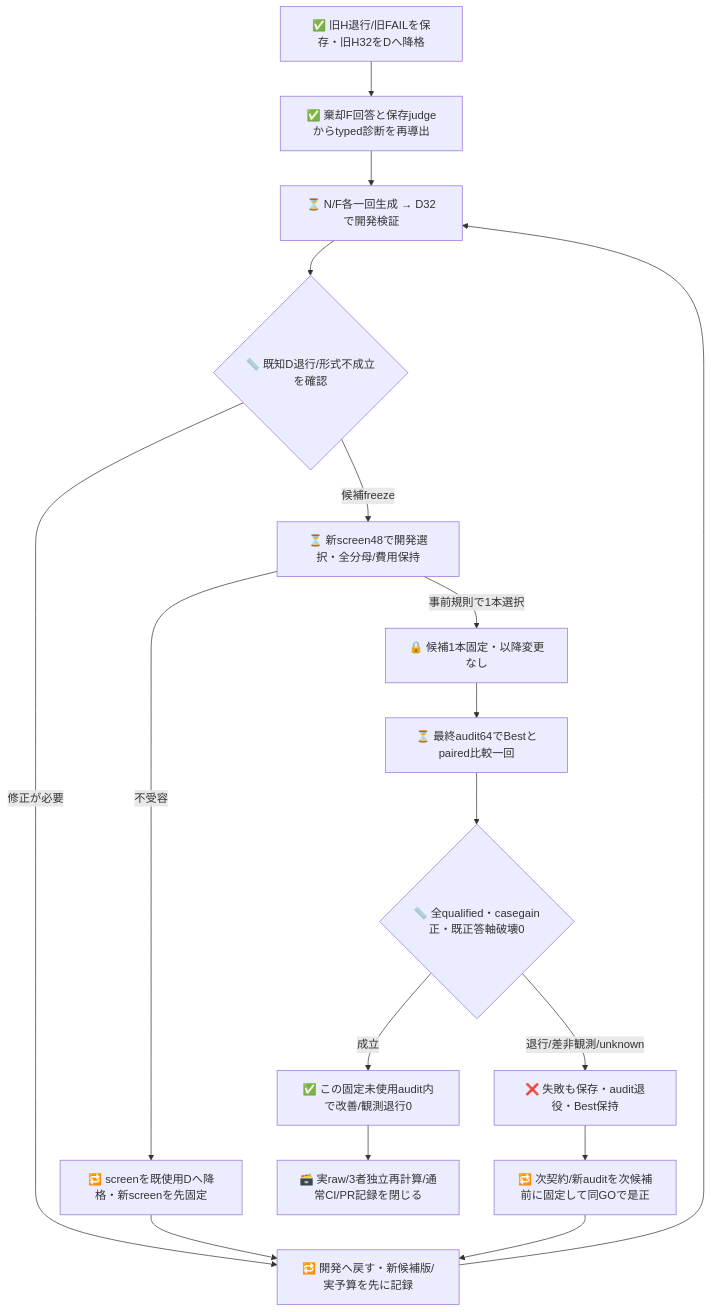
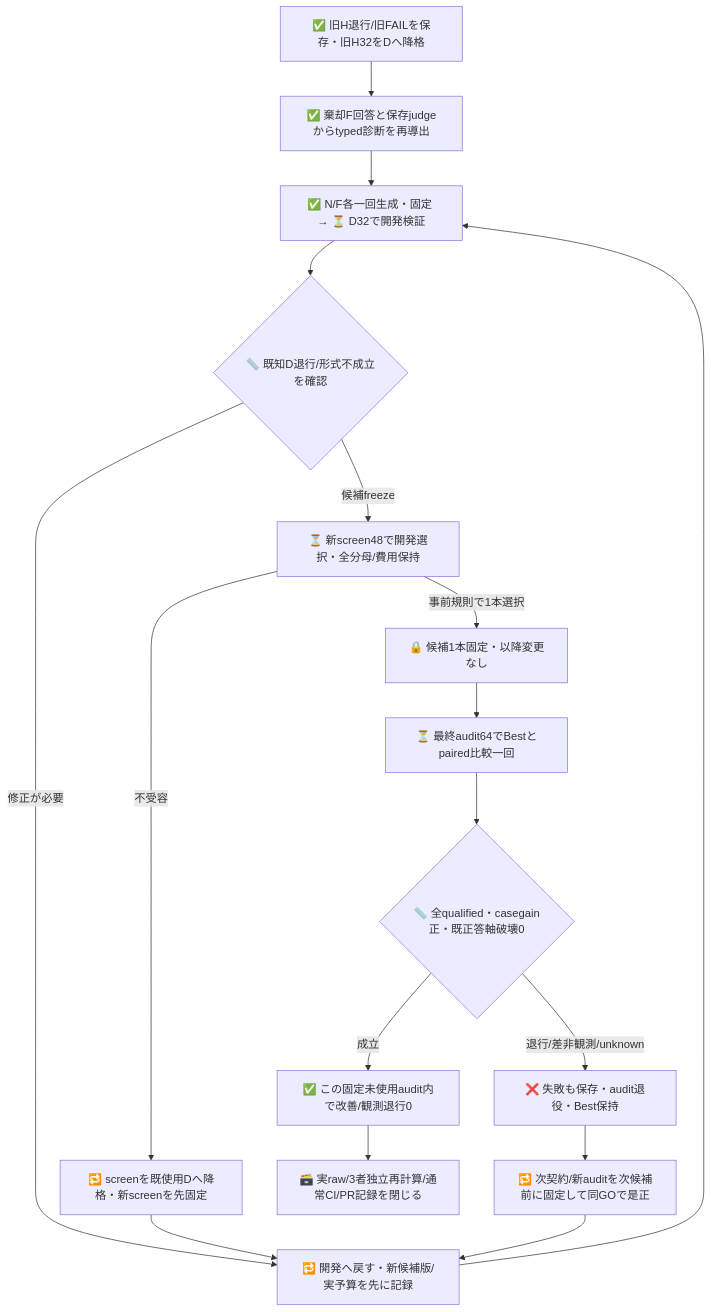
One commit to roccho-org/ops changed the second of 2 diagrams in experiments/sys1-eval-loop/regression/README.md. Above: the diagram before and after it, drawn with Mermaid. The commit also changed other lines of this file and 11 other files, not shown here.

````diff
--- a/experiments/sys1-eval-loop/regression/README.md
+++ b/experiments/sys1-eval-loop/regression/README.md
@@ -45,19 +45,19 @@
 ```mermaid
 flowchart TB
   A["✅ 旧H退行/旧FAILを保存・旧H32をDへ降格"] --> B["✅ 棄却F回答と保存judgeからtyped診断を再導出"]
-  B --> C["⏳ N/F各一回生成 → D32で開発検証"]
+  B --> C["✅ N/F各一回生成・固定 → ⏳ D32で開発検証"]
   C --> D{"📏 既知D退行/形式不成立を確認"}
   D -->|修正が必要| C2["🔁 開発へ戻す・新候補版/実予算を先に記録"]
   C2 --> C
   D -->|候補freeze| S["⏳ 新screen48で開発選択・全分母/費用保持"]
   S -->|不受容| SD["🔁 screenを既使用Dへ降格・新screenを先固定"]
   SD --> C2
   S -->|事前規則で1本選択| F["🔒 候補1本固定・以降変更なし"]
   F --> H["⏳ 最終audit64でBestとpaired比較一回"]
   H --> Q{"📏 全qualified・casegain正・既正答軸破壊0"}
   Q -->|成立| P["✅ この固定未使用audit内で改善/観測退行0"]
   Q -->|退行/差非観測/unknown| N["❌ 失敗も保存・audit退役・Best保持"]
   N --> X["🔁 次契約/新auditを次候補前に固定して同GOで是正"]
   X --> C2
   P --> Z["🗃️ 実raw/3者独立再計算/通常CI/PR記録を閉じる"]
 ```
````
